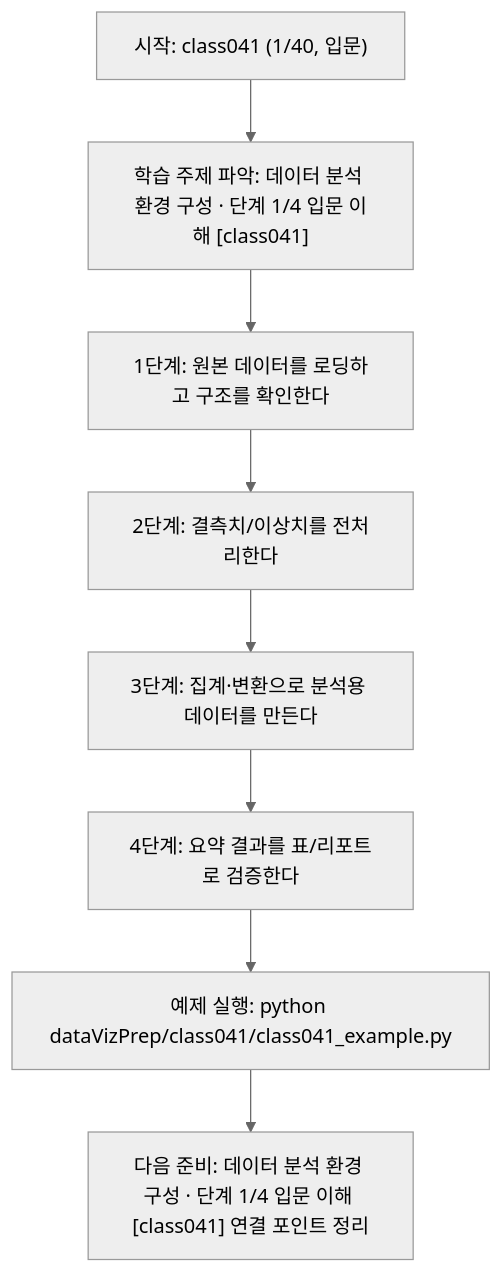
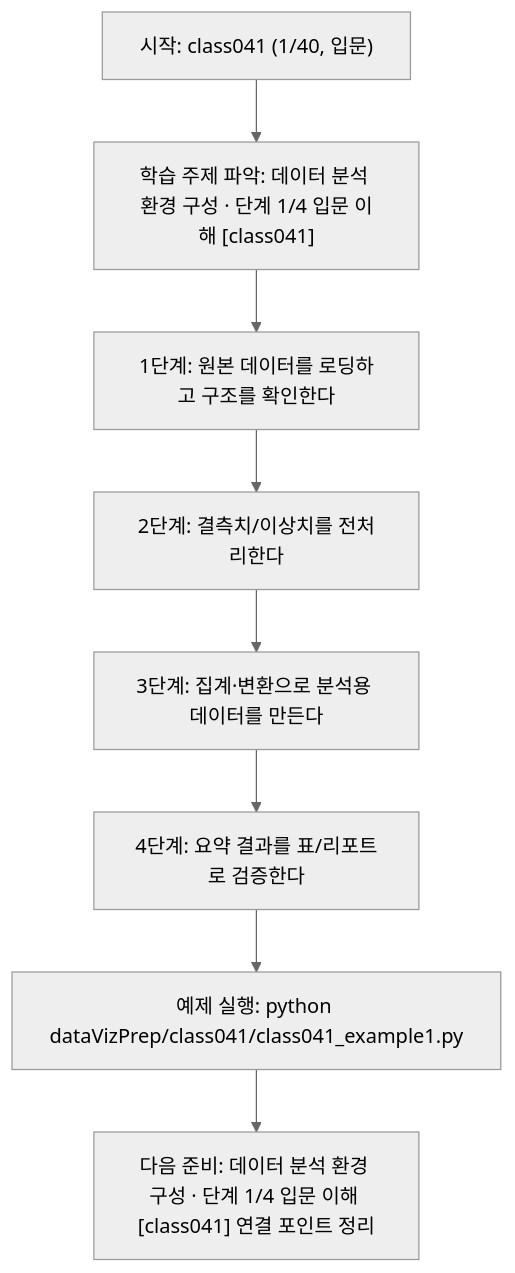
The diagram in dataVizPrep/class041/class041.md (edumgt/Python-AI_Agent-Class), drawn with Mermaid (neutral theme) before and after one commit. The commit also changed other lines of this file and 2959 other files, not shown here.

````diff
--- a/dataVizPrep/class041/class041.md
+++ b/dataVizPrep/class041/class041.md
@@ -112,18 +112,18 @@
 ```mermaid
 flowchart TD
 N1["시작: class041 (1/40, 입문)"]
 N2["학습 주제 파악: 데이터 분석 환경 구성 · 단계 1/4 입문 이해 [class041]"]
 N3["1단계: 원본 데이터를 로딩하고 구조를 확인한다"]
 N4["2단계: 결측치/이상치를 전처리한다"]
 N5["3단계: 집계·변환으로 분석용 데이터를 만든다"]
 N6["4단계: 요약 결과를 표/리포트로 검증한다"]
-N7["예제 실행: python dataVizPrep/class041/class041_example.py"]
+N7["예제 실행: python dataVizPrep/class041/class041_example1.py"]
 N8["다음 준비: 데이터 분석 환경 구성 · 단계 1/4 입문 이해 [class041] 연결 포인트 정리"]
 N1 --> N2
 N2 --> N3
 N3 --> N4
 N4 --> N5
 N5 --> N6
 N6 --> N7
 N7 --> N8
 ```
````
